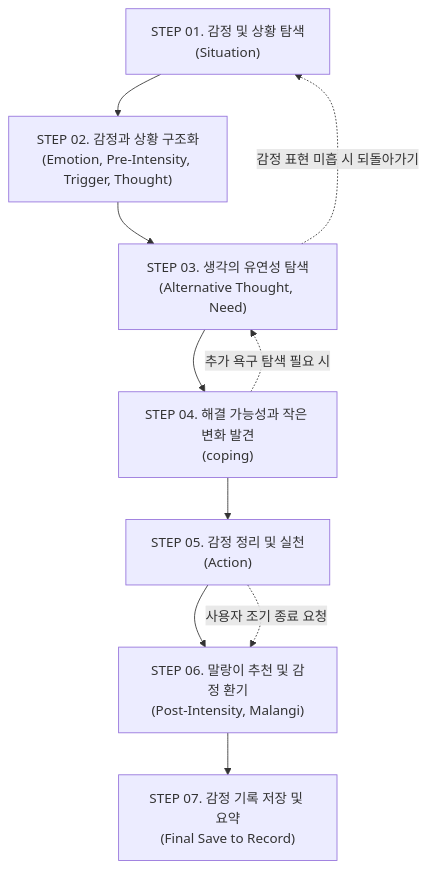
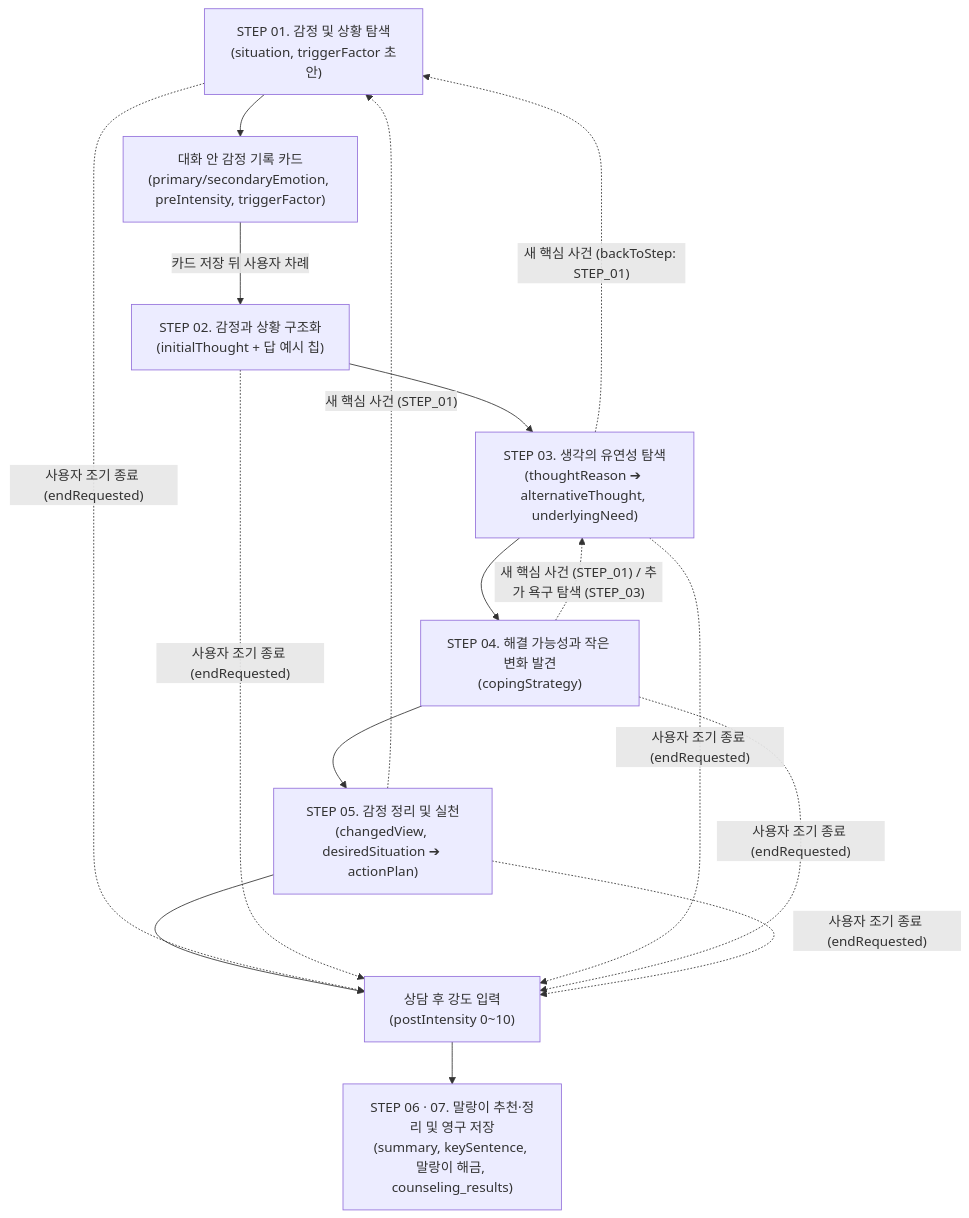
The diagram in docs/emotional-dialogue/process.md (2026Ganzi-Thon/2026_GANZITHON_TEAM_07_BE), drawn with Mermaid before and after one commit. The commit also changed other lines of this file and 5 other files, not shown here.

````diff
--- a/docs/emotional-dialogue/process.md
+++ b/docs/emotional-dialogue/process.md
@@ -11,22 +17,29 @@
 ```mermaid
 flowchart TD
-    S1["STEP 01. 감정 및 상황 탐색<br>(Situation)"]
-    S2["STEP 02. 감정과 상황 구조화<br>(Emotion, Pre-Intensity, Trigger, Thought)"]
-    S3["STEP 03. 생각의 유연성 탐색<br>(Alternative Thought, Need)"]
-    S4["STEP 04. 해결 가능성과 작은 변화 발견<br>(coping)"]
-    S5["STEP 05. 감정 정리 및 실천<br>(Action)"]
-    S6["STEP 06. 말랑이 추천 및 감정 환기<br>(Post-Intensity, Malangi)"]
-    S7["STEP 07. 감정 기록 저장 및 요약<br>(Final Save to Record)"]
+    S1["STEP 01. 감정 및 상황 탐색<br>(situation, triggerFactor 초안)"]
+    CARD["대화 안 감정 기록 카드<br>(primary/secondaryEmotion, preIntensity, triggerFactor)"]
+    S2["STEP 02. 감정과 상황 구조화<br>(initialThought + 답 예시 칩)"]
+    S3["STEP 03. 생각의 유연성 탐색<br>(thoughtReason ➔ alternativeThought, underlyingNeed)"]
+    S4["STEP 04. 해결 가능성과 작은 변화 발견<br>(copingStrategy)"]
+    S5["STEP 05. 감정 정리 및 실천<br>(changedView, desiredSituation ➔ actionPlan)"]
+    POST["상담 후 강도 입력<br>(postIntensity 0~10)"]
+    S67["STEP 06 · 07. 말랑이 추천·정리 및 영구 저장<br>(summary, keySentence, 말랑이 해금, counseling_results)"]
 
-    S1 --> S2
+    S1 --> CARD
+    CARD -->|"카드 저장 뒤 사용자 차례"| S2
     S2 --> S3
     S3 --> S4
     S4 --> S5
-    S5 --> S6
-    S6 --> S7
+    S5 --> POST
+    POST --> S67
 
     %% 유연한 전이 경로
-    S3 -. "감정 표현 미흡 시 되돌아가기" .-> S1
-    S4 -. "추가 욕구 탐색 필요 시" .-> S3
-    S5 -. "사용자 조기 종료 요청" .-> S6
+    S3 -. "새 핵심 사건 (backToStep: STEP_01)" .-> S1
+    S4 -. "새 핵심 사건 (STEP_01) / 추가 욕구 탐색 (STEP_03)" .-> S3
+    S5 -. "새 핵심 사건 (STEP_01)" .-> S1
+    S1 -. "사용자 조기 종료 (endRequested)" .-> POST
+    S2 -. "사용자 조기 종료 (endRequested)" .-> POST
+    S3 -. "사용자 조기 종료 (endRequested)" .-> POST
+    S4 -. "사용자 조기 종료 (endRequested)" .-> POST
+    S5 -. "사용자 조기 종료 (endRequested)" .-> POST
 ```
````
